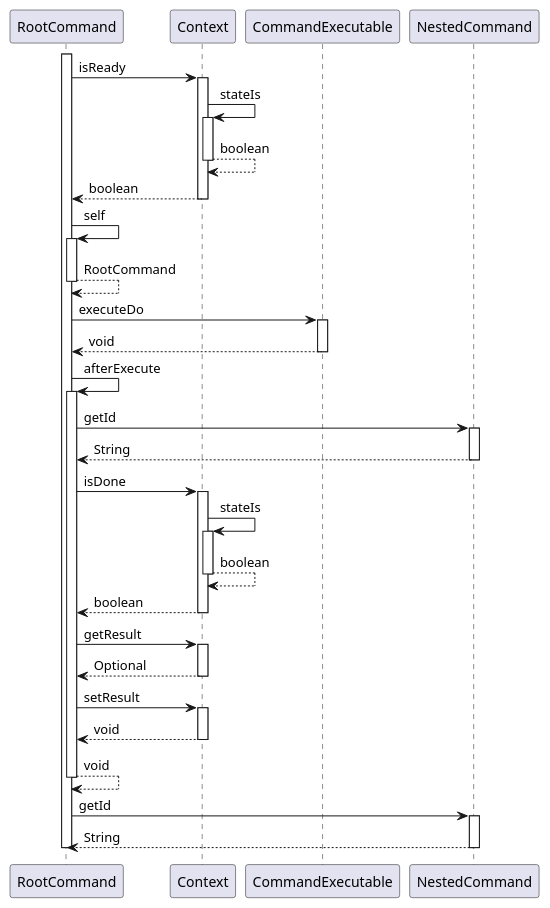
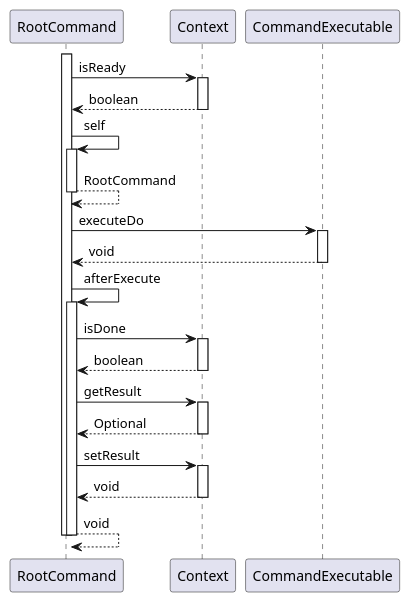
Before and after one commit to OlegSopilnyak/school-demo: the diagram in business-logic/documentation/puml/sequence-diagrams/RootCommand.doCommand.puml, drawn with PlantUML. The commit also changed 29 other files, not shown here.

```diff
--- a/business-logic/documentation/puml/sequence-diagrams/RootCommand.doCommand.puml
+++ b/business-logic/documentation/puml/sequence-diagrams/RootCommand.doCommand.puml
@@ -3,55 +3,38 @@
 @startuml
 
 participant RootCommand
 participant Context
 participant CommandExecutable
-participant NestedCommand
 
 activate RootCommand
 	RootCommand -> Context : isReady
 	activate Context
-		Context -> Context : stateIs
-		activate Context
-			Context --> Context : boolean
-		deactivate Context
 		Context --> RootCommand : boolean
 	deactivate Context
 	RootCommand -> RootCommand : self
 	activate RootCommand
 		RootCommand --> RootCommand : RootCommand
 	deactivate RootCommand
 	RootCommand -> CommandExecutable : executeDo
 	activate CommandExecutable
 		CommandExecutable --> RootCommand : void
 	deactivate CommandExecutable
 	RootCommand -> RootCommand : afterExecute
 	activate RootCommand
-		RootCommand -> NestedCommand : getId
-		activate NestedCommand
-			NestedCommand --> RootCommand : String
-		deactivate NestedCommand
 		RootCommand -> Context : isDone
 		activate Context
-			Context -> Context : stateIs
-			activate Context
-				Context --> Context : boolean
-			deactivate Context
 			Context --> RootCommand : boolean
 		deactivate Context
 		RootCommand -> Context : getResult
 		activate Context
 			Context --> RootCommand : Optional
 		deactivate Context
 		RootCommand -> Context : setResult
 		activate Context
 			Context --> RootCommand : void
 		deactivate Context
 		RootCommand --> RootCommand : void
 	deactivate RootCommand
-	RootCommand -> NestedCommand : getId
-	activate NestedCommand
-		NestedCommand --> RootCommand : String
-	deactivate NestedCommand
 deactivate RootCommand
 
 @enduml
```
